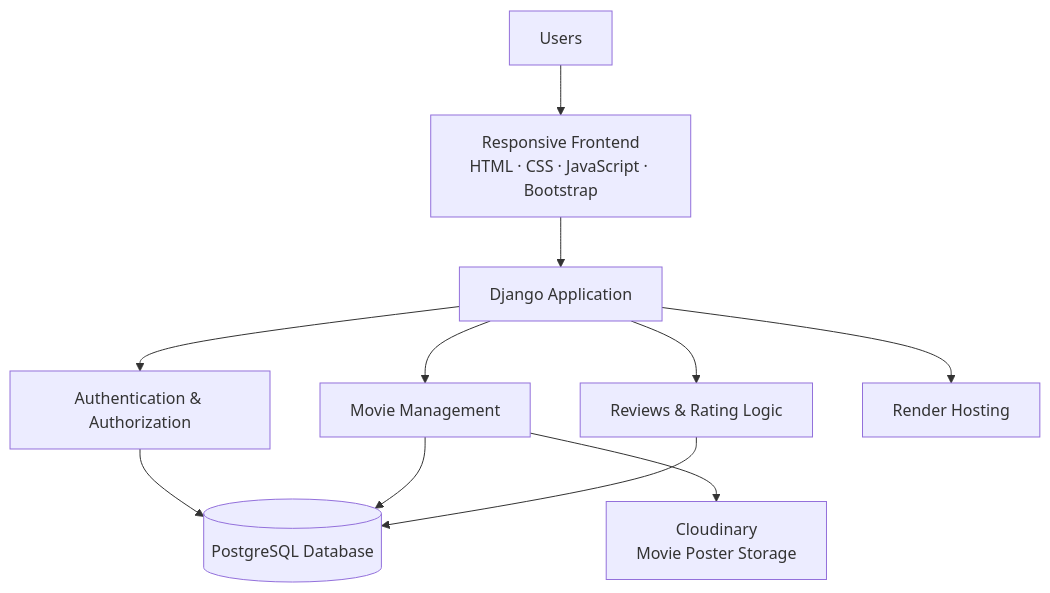
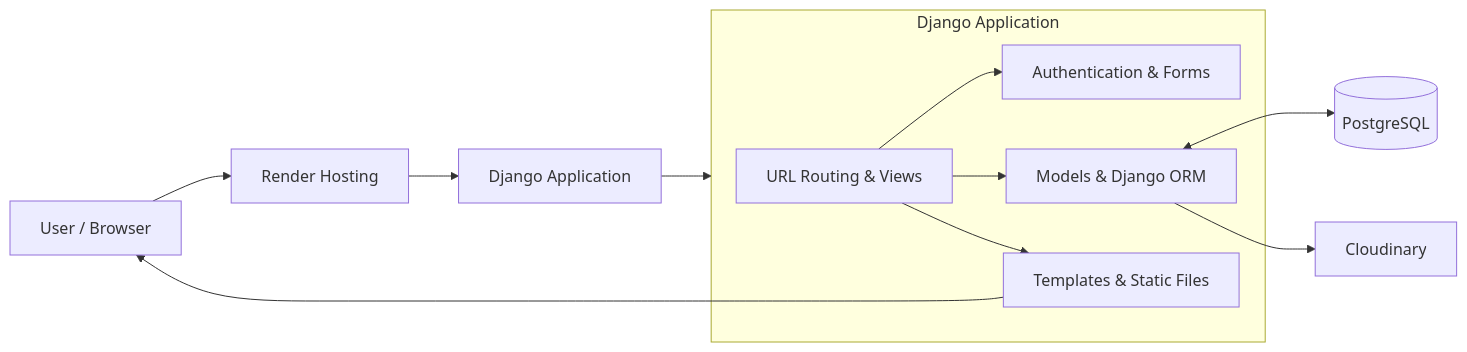
One commit to satyammishra8-1/CineRate changed the first of 2 diagrams in README.md. Above: the diagram before and after it, drawn with Mermaid. The commit also changed other lines of this file, not shown here.

````diff
--- a/README.md
+++ b/README.md
@@ -89,23 +84,20 @@
 ```mermaid
-flowchart TD
-    U["Users"]
-    UI["Responsive Frontend<br/>HTML · CSS · JavaScript · Bootstrap"]
-    DJ["Django Application"]
-    AUTH["Authentication & Authorization"]
-    MOV["Movie Management"]
-    REV["Reviews & Rating Logic"]
-    DB[("PostgreSQL Database")]
-    CLOUD["Cloudinary<br/>Movie Poster Storage"]
-    HOST["Render Hosting"]
+flowchart LR
+    U["User / Browser"] --> H["Render Hosting"]
+    H --> DJ["Django Application"]
 
-    U --> UI
-    UI --> DJ
-    DJ --> AUTH
-    DJ --> MOV
-    DJ --> REV
-    AUTH --> DB
-    MOV --> DB
-    REV --> DB
-    MOV --> CLOUD
-    DJ --> HOST
+    subgraph APP["Django Application"]
+        URL["URL Routing & Views"]
+        AUTH["Authentication & Forms"]
+        MODEL["Models & Django ORM"]
+        UI["Templates & Static Files"]
+        URL --> AUTH
+        URL --> MODEL
+        URL --> UI
+    end
+
+    DJ --> APP
+    MODEL <--> DB[("PostgreSQL")]
+    MODEL --> CL["Cloudinary"]
+    UI --> U
 ```
````
